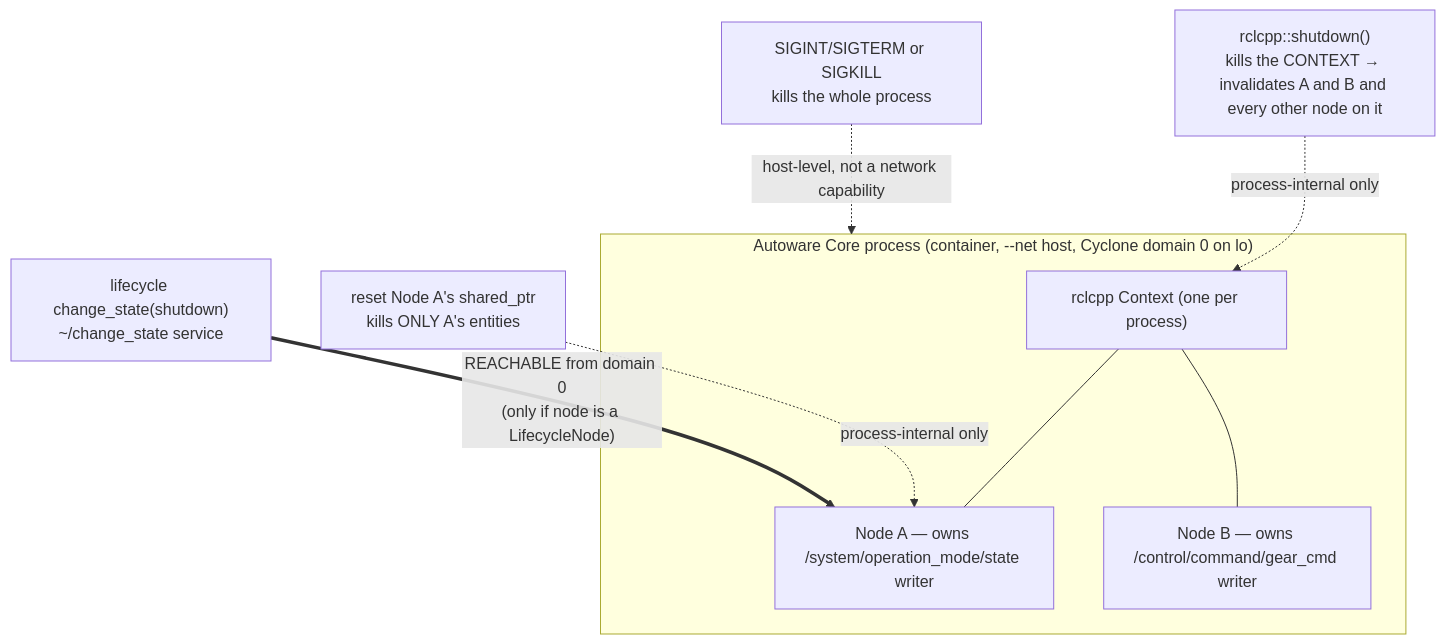
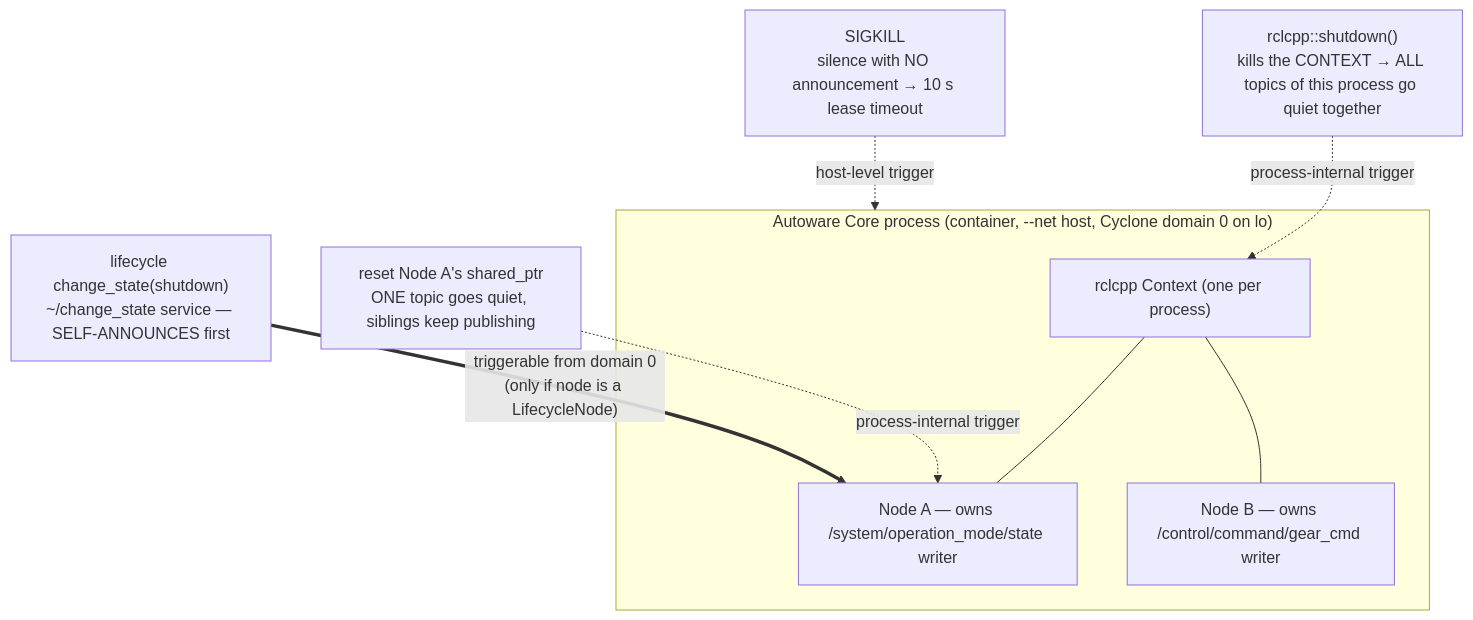
One commit to jpoanders/autoware-stack-notes changed the diagram in awsim-study/reports/task-1-report.md. Above: the diagram before and after it, drawn with Mermaid. The commit also changed other lines of this file and 11 other files, not shown here.

````diff
--- a/awsim-study/reports/task-1-report.md
+++ b/awsim-study/reports/task-1-report.md
@@ -111,14 +172,14 @@
 ```mermaid
 flowchart TD
   subgraph proc["Autoware Core process (container, --net host, Cyclone domain 0 on lo)"]
     ctx["rclcpp Context (one per process)"]
     n1["Node A — owns /system/operation_mode/state writer"]
     n2["Node B — owns /control/command/gear_cmd writer"]
     ctx --- n1
     ctx --- n2
   end
-  S1["rclcpp::shutdown()\nkills the CONTEXT → invalidates A and B and every other node on it"] -.->|process-internal only| ctx
-  S2["reset Node A's shared_ptr\nkills ONLY A's entities"] -.->|process-internal only| n1
-  S3["lifecycle change_state(shutdown)\n~/change_state service"] ==>|"REACHABLE from domain 0\n(only if node is a LifecycleNode)"| n1
-  S4["SIGINT/SIGTERM or SIGKILL\nkills the whole process"] -.->|host-level, not a network capability| proc
+  S1["rclcpp::shutdown()\nkills the CONTEXT → ALL topics of this process go quiet together"] -.->|process-internal trigger| ctx
+  S2["reset Node A's shared_ptr\nONE topic goes quiet, siblings keep publishing"] -.->|process-internal trigger| n1
+  S3["lifecycle change_state(shutdown)\n~/change_state service — SELF-ANNOUNCES first"] ==>|"triggerable from domain 0\n(only if node is a LifecycleNode)"| n1
+  S4["SIGKILL\nsilence with NO announcement → 10 s lease timeout"] -.->|host-level trigger| proc
 ```
````
